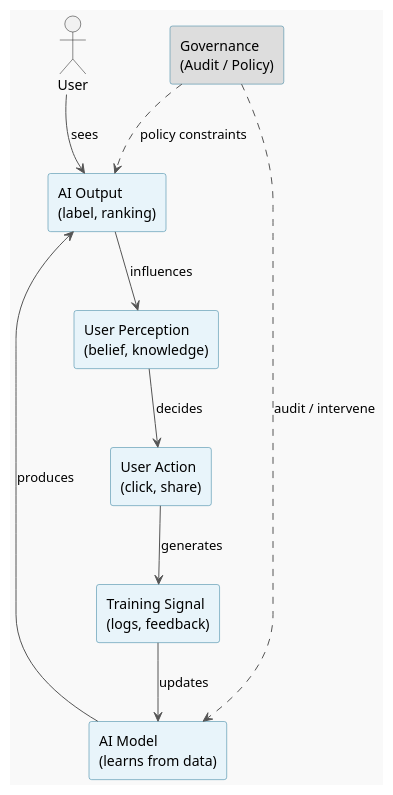
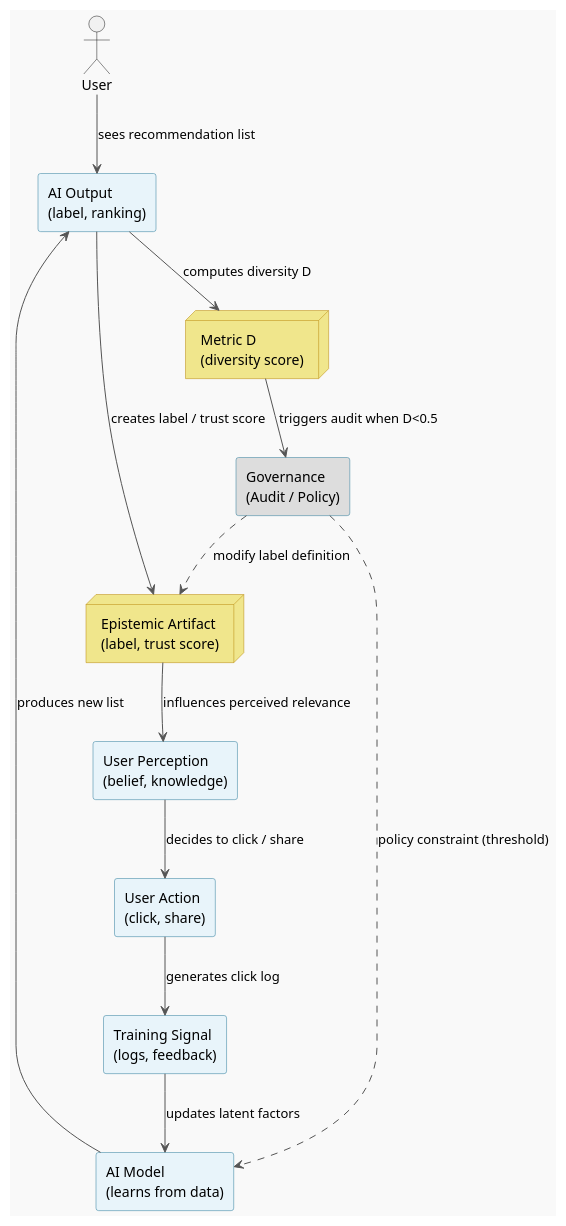
Before and after one commit to InquiryInstitute/AIPA: the diagram in aipa/llm-elevated/ch11-lecture-06.adoc, drawn with PlantUML. The commit also changed other lines of this file and 128 other files, not shown here.

```diff
--- a/aipa/llm-elevated/ch11-lecture-06.adoc
+++ b/aipa/llm-elevated/ch11-lecture-06.adoc
@@ -78,28 +85,36 @@
 [plantuml,ch11-l06,png,theme=sketchy-outline]
 ....
 @startuml
 skinparam backgroundColor #F9F9F9
 skinparam ArrowColor #555555
 skinparam rectangle {
   BackgroundColor #E8F4FA
   BorderColor #2B7A9B
 }
+skinparam node {
+  BackgroundColor #F0E68C
+  BorderColor #B8860B
+}
 actor User
 rectangle "AI Model\n(learns from data)" as Model
 rectangle "AI Output\n(label, ranking)" as Output
+node "Epistemic Artifact\n(label, trust score)" as Artifact
 rectangle "User Perception\n(belief, knowledge)" as Belief
 rectangle "User Action\n(click, share)" as Action
 rectangle "Training Signal\n(logs, feedback)" as Signal
+node "Metric D\n(diversity score)" as Metric
 rectangle "Governance\n(Audit / Policy)" as Gov #DDDDDD
 
-User --> Output : sees
-Output --> Belief : influences
-Belief --> Action : decides
-Action --> Signal : generates
-Signal --> Model : updates
-Model --> Output : produces
-
-Gov ..> Model : audit / intervene
-Gov ..> Output : policy constraints
+User --> Output : sees recommendation list
+Output --> Artifact : creates label / trust score
+Artifact --> Belief : influences perceived relevance
+Belief --> Action : decides to click / share
+Action --> Signal : generates click log
+Signal --> Model : updates latent factors
+Model --> Output : produces new list
+Output --> Metric : computes diversity D
+Metric --> Gov : triggers audit when D<0.5
+Gov ..> Model : policy constraint (threshold)
+Gov ..> Artifact : modify label definition
 @enduml
 ....
```
